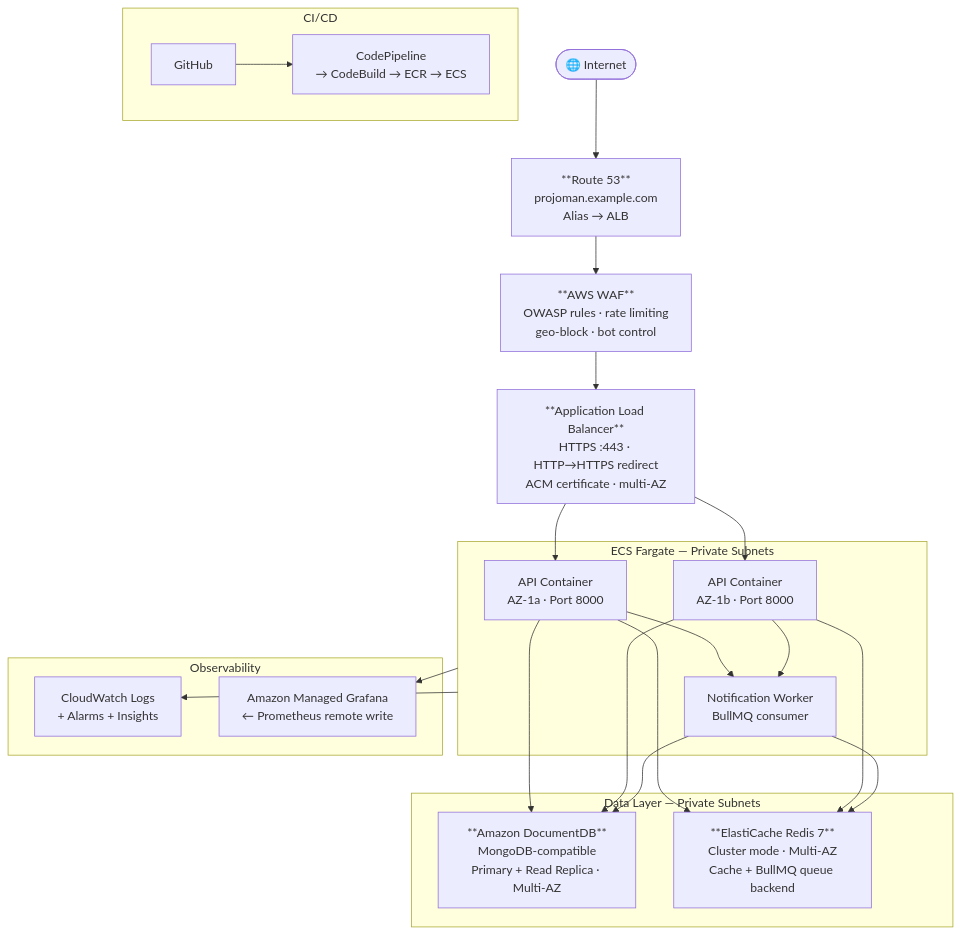
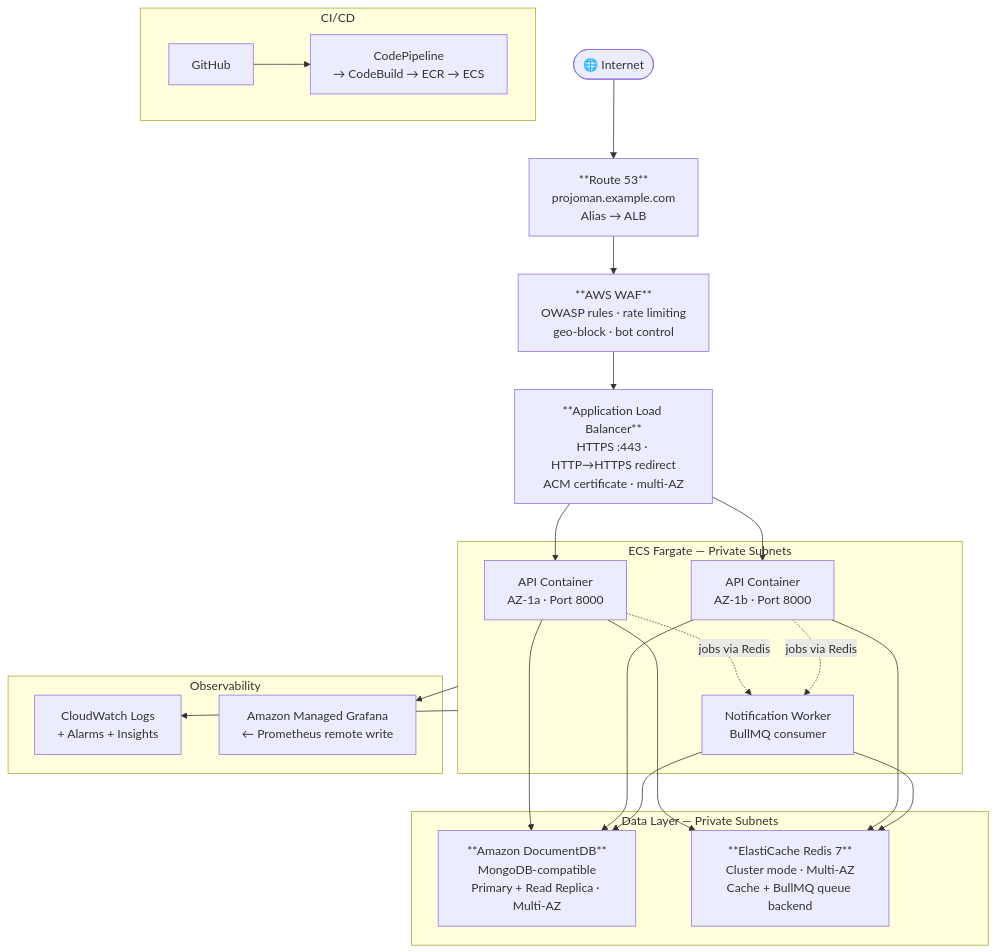
One commit to Ashish911/projectManagement changed the first of 2 diagrams in docs/AWS_ARCHITECTURE.md. Above: the diagram before and after it, drawn with Mermaid. The commit also changed other lines of this file and 14 other files, not shown here.

````diff
--- a/docs/AWS_ARCHITECTURE.md
+++ b/docs/AWS_ARCHITECTURE.md
@@ -29,35 +36,35 @@
 ```mermaid
 flowchart TD
     Internet(["🌐 Internet"])
     R53["**Route 53**\nprojoman.example.com\nAlias → ALB"]
     WAF["**AWS WAF**\nOWASP rules · rate limiting\ngeo-block · bot control"]
     ALB["**Application Load Balancer**\nHTTPS :443 · HTTP→HTTPS redirect\nACM certificate · multi-AZ"]
 
     subgraph ECS ["ECS Fargate — Private Subnets"]
         API1["API Container\nAZ-1a · Port 8000"]
         API2["API Container\nAZ-1b · Port 8000"]
         Worker["Notification Worker\nBullMQ consumer"]
     end
 
     subgraph Data ["Data Layer — Private Subnets"]
         DocDB["**Amazon DocumentDB**\nMongoDB-compatible\nPrimary + Read Replica · Multi-AZ"]
         Redis["**ElastiCache Redis 7**\nCluster mode · Multi-AZ\nCache + BullMQ queue backend"]
     end
 
     subgraph Obs ["Observability"]
         CW["CloudWatch Logs\n+ Alarms + Insights"]
         Grafana["Amazon Managed Grafana\n← Prometheus remote write"]
     end
 
     subgraph CICD ["CI/CD"]
         GH["GitHub"] --> CP["CodePipeline\n→ CodeBuild → ECR → ECS"]
     end
 
     Internet --> R53 --> WAF --> ALB
     ALB --> API1 & API2
-    API1 & API2 --> Worker
+    API1 & API2 -. "jobs via Redis" .-> Worker
     API1 & API2 --> DocDB & Redis
     Worker --> DocDB & Redis
     ECS --> CW
     ECS --> Grafana
 ```
````
